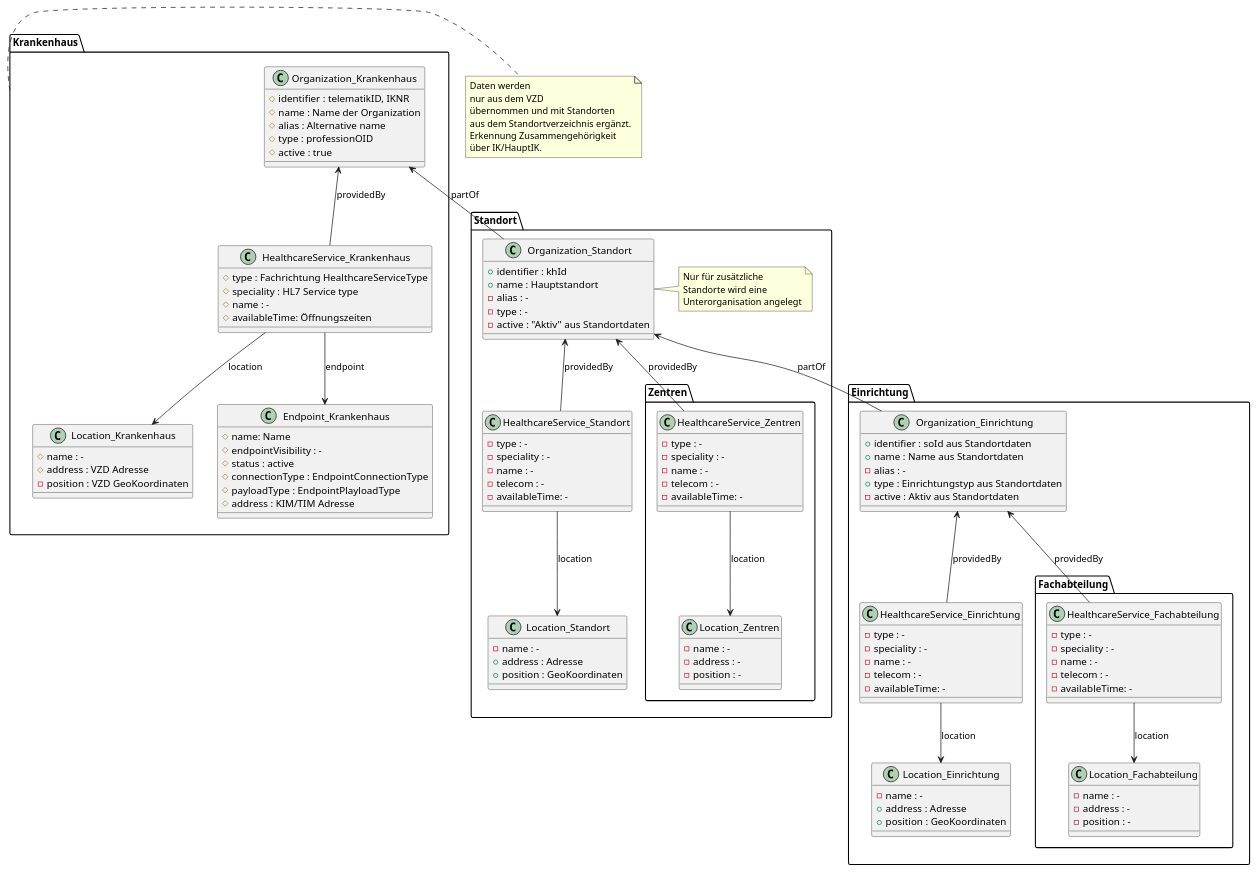
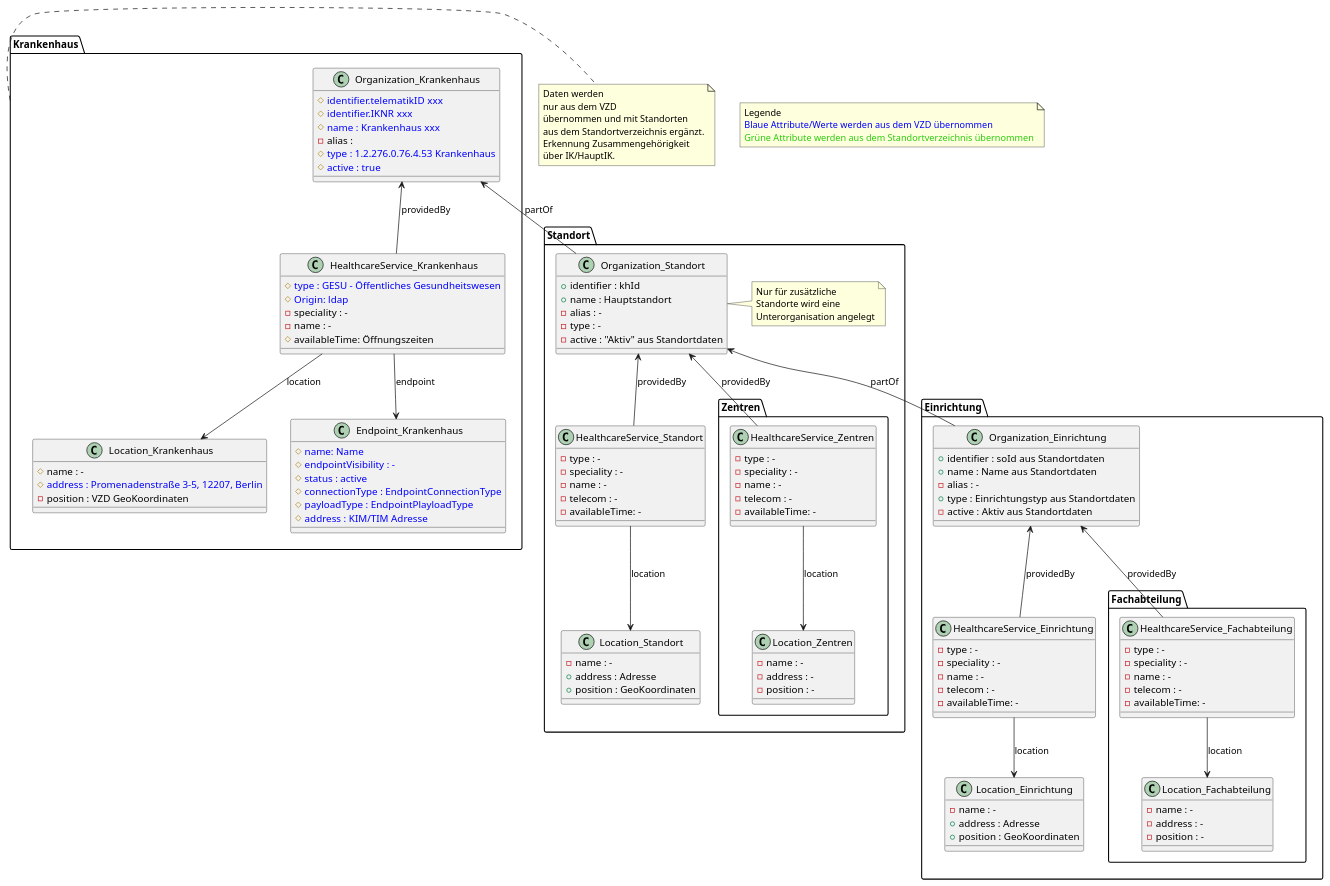
One commit to gematik/api-vzd changed the diagram in src/plantuml/OrgStruct/Standortverzeichnis_optimiert.puml. Above: the diagram before and after it, drawn with PlantUML.

```diff
--- a/src/plantuml/OrgStruct/Standortverzeichnis_optimiert.puml
+++ b/src/plantuml/OrgStruct/Standortverzeichnis_optimiert.puml
@@ -1,175 +1,176 @@
 @startuml
 
 package "Krankenhaus" {
   
 class Organization_Krankenhaus {
-#identifier : telematikID, IKNR 
-#name : Name der Organization 
-#alias : Alternative name
-#type : professionOID
-#active : true
+#<color:#0000FF>identifier.telematikID xxx</color> 
+#<color:#0000FF>identifier.IKNR xxx</color>
+#<color:#0000FF>name : Krankenhaus xxx </color>
+-alias : 
+#<color:#0000FF>type : 1.2.276.0.76.4.53 Krankenhaus</color>
+#<color:#0000FF>active : true</color>
 }
 
-
-
 class HealthcareService_Krankenhaus {
-#type : Fachrichtung HealthcareServiceType
-#speciality : HL7 Service type
-#name : -
+#<color:#0000FF>type : GESU - Öffentliches Gesundheitswesen</color>
+#<color:#0000FF>Origin: ldap</color>
+-speciality : -
+-name : -
 #availableTime: Öffnungszeiten
 }
 
 Organization_Krankenhaus <-- HealthcareService_Krankenhaus : providedBy
 HealthcareService_Krankenhaus --> Location_Krankenhaus : location
 HealthcareService_Krankenhaus --> Endpoint_Krankenhaus : endpoint
 
 
 class Location_Krankenhaus {
 #name : -
-#address : VZD Adresse 
+#<color:#0000FF>address : Promenadenstraße 3-5, 12207, Berlin</color>
 -position : VZD GeoKoordinaten
 }
 
-
 class Endpoint_Krankenhaus {
-#name: Name
-#endpointVisibility : -
-#status : active
-#connectionType : EndpointConnectionType
-#payloadType : EndpointPlayloadType
-#address : KIM/TIM Adresse
+#<color:#0000FF>name: Name</color>
+#<color:#0000FF>endpointVisibility : -</color>
+#<color:#0000FF>status : active</color>
+#<color:#0000FF>connectionType : EndpointConnectionType</color>
+#<color:#0000FF>payloadType : EndpointPlayloadType</color>
+#<color:#0000FF>address : KIM/TIM Adresse</color>
 }
 
 }
 
 note right of Krankenhaus 
    Daten werden
    nur aus dem VZD
    übernommen und mit Standorten 
    aus dem Standortverzeichnis ergänzt.
    Erkennung Zusammengehörigkeit
    über IK/HauptIK.
 end note   
+
+note "Legende\n<color:#0000FF>Blaue Attribute/Werte werden aus dem VZD übernommen</color>\n<color:#2bcc0e>Grüne Attribute werden aus dem Standortverzeichnis übernommen</color>" as N1
 
 package "Standort" {
 
 class Organization_Standort {
 +identifier : khId
 +name : Hauptstandort
 -alias : -
 -type : -
 -active : "Aktiv" aus Standortdaten
 }
 note right of Organization_Standort 
    Nur für zusätzliche
    Standorte wird eine
    Unterorganisation angelegt
 end note 
 
 Organization_Krankenhaus <-- Organization_Standort : "partOf"
 HealthcareService_Krankenhaus -[hidden]right-> Organization_Standort
 
 class HealthcareService_Standort {
 -type : -
 -speciality : -
 -name : -
 -telecom : -
 -availableTime: -
 }
 
 HealthcareService_Standort --> Location_Standort : location
 Organization_Standort <-- HealthcareService_Standort : providedBy
 
 
 
 class Location_Standort {
 -name : -
 +address : Adresse
 +position : GeoKoordinaten
 }
 
 package "Zentren" {
 
 Organization_Standort <-down- HealthcareService_Zentren : "providedBy"
 
 class HealthcareService_Zentren {
 -type : -
 -speciality : -
 -name : -
 -telecom : -
 -availableTime: -
 }
 
 HealthcareService_Zentren --> Location_Zentren : location
 
 
 class Location_Zentren {
 -name : -
 -address : -
 -position : -
 }
 
 }
 
 }
 
 package "Einrichtung" {
 
 class Organization_Einrichtung {
 +identifier : soId aus Standortdaten
 +name : Name aus Standortdaten
 -alias : -
 +type : Einrichtungstyp aus Standortdaten
 -active : Aktiv aus Standortdaten
 }
 
 
 Organization_Standort <-- Organization_Einrichtung : "partOf"
 
 class HealthcareService_Einrichtung {
 -type : -
 -speciality : -
 -name : -
 -telecom : -
 -availableTime: -
 }
 
 HealthcareService_Einrichtung --> Location_Einrichtung : location
 Organization_Einrichtung <-- HealthcareService_Einrichtung : providedBy
 
 
 
 class Location_Einrichtung {
 -name : -
 +address : Adresse
 +position : GeoKoordinaten
 }
 
 package "Fachabteilung" {
 
 
 Organization_Einrichtung <-down- HealthcareService_Fachabteilung : "providedBy"
 
 class HealthcareService_Fachabteilung {
 -type : -
 -speciality : -
 -name : -
 -telecom : -
 -availableTime: -
 }
 
 HealthcareService_Fachabteilung --> Location_Fachabteilung : location
 
 class Location_Fachabteilung {
 -name : -
 -address : -
 -position : -
 }
 
 }
 
 }
 
 
 
 @enduml
```
